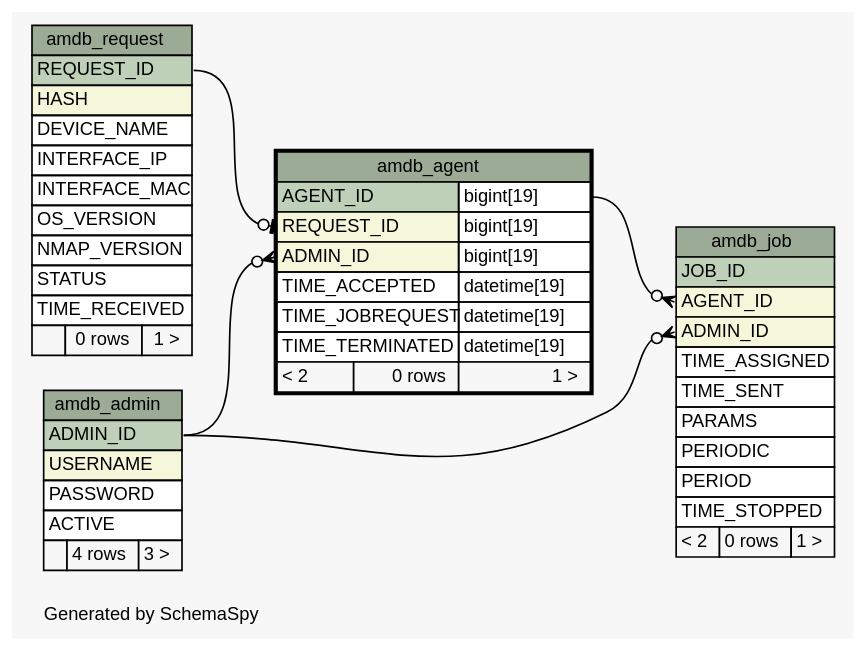
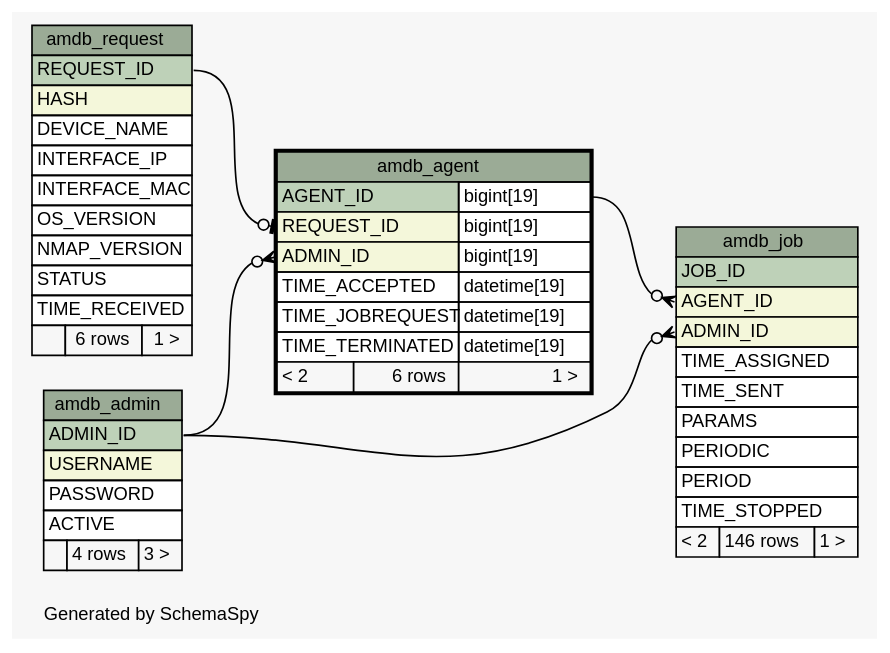
Before and after one commit to yannikab/k23b_ac: the diagram in am/doc/schemaspy/diagrams/amdb_agent.1degree.dot, drawn with Graphviz. The commit also changed 46 other files, not shown here.

Commit message:
Database schema changes for Aggregator Manager.

```diff
--- a/am/doc/schemaspy/diagrams/amdb_agent.1degree.dot
+++ b/am/doc/schemaspy/diagrams/amdb_agent.1degree.dot
@@ -1,90 +1,90 @@
 // dot 2.38.0 on Linux 4.0.5-gentoo
 // SchemaSpy rev 590
 digraph "oneDegreeRelationshipsDiagram" {
   graph [
     rankdir="RL"
     bgcolor="#f7f7f7"
     label="\nGenerated by SchemaSpy"
     labeljust="l"
     nodesep="0.18"
     ranksep="0.46"
     fontname="Helvetica"
     fontsize="11"
   ];
   node [
     fontname="Helvetica"
     fontsize="11"
     shape="plaintext"
   ];
   edge [
     arrowsize="0.8"
   ];
   "amdb_agent":"ADMIN_ID":w -> "amdb_admin":"ADMIN_ID":e [arrowhead=none dir=back arrowtail=crowodot];
   "amdb_agent":"REQUEST_ID":w -> "amdb_request":"REQUEST_ID":e [arrowhead=none dir=back arrowtail=teeodot];
   "amdb_job":"ADMIN_ID":w -> "amdb_admin":"ADMIN_ID":e [arrowhead=none dir=back arrowtail=crowodot];
   "amdb_job":"AGENT_ID":w -> "amdb_agent":"AGENT_ID.type":e [arrowhead=none dir=back arrowtail=crowodot];
   "amdb_admin" [
     label=<
     <TABLE BORDER="0" CELLBORDER="1" CELLSPACING="0" BGCOLOR="#ffffff">
       <TR><TD COLSPAN="3" BGCOLOR="#9bab96" ALIGN="CENTER">amdb_admin</TD></TR>
       <TR><TD PORT="ADMIN_ID" COLSPAN="3" BGCOLOR="#bed1b8" ALIGN="LEFT">ADMIN_ID</TD></TR>
       <TR><TD PORT="USERNAME" COLSPAN="3" BGCOLOR="#f4f7da" ALIGN="LEFT">USERNAME</TD></TR>
       <TR><TD PORT="PASSWORD" COLSPAN="3" ALIGN="LEFT">PASSWORD</TD></TR>
       <TR><TD PORT="ACTIVE" COLSPAN="3" ALIGN="LEFT">ACTIVE</TD></TR>
       <TR><TD ALIGN="LEFT" BGCOLOR="#f7f7f7">  </TD><TD ALIGN="RIGHT" BGCOLOR="#f7f7f7">4 rows</TD><TD ALIGN="RIGHT" BGCOLOR="#f7f7f7">3 &gt;</TD></TR>
     </TABLE>>
     URL="amdb_admin.html"
     tooltip="amdb_admin"
   ];
   "amdb_agent" [
     label=<
     <TABLE BORDER="2" CELLBORDER="1" CELLSPACING="0" BGCOLOR="#ffffff">
       <TR><TD COLSPAN="3" BGCOLOR="#9bab96" ALIGN="CENTER">amdb_agent</TD></TR>
       <TR><TD PORT="AGENT_ID" COLSPAN="2" BGCOLOR="#bed1b8" ALIGN="LEFT">AGENT_ID</TD><TD PORT="AGENT_ID.type" ALIGN="LEFT">bigint[19]</TD></TR>
       <TR><TD PORT="REQUEST_ID" COLSPAN="2" BGCOLOR="#f4f7da" ALIGN="LEFT">REQUEST_ID</TD><TD PORT="REQUEST_ID.type" ALIGN="LEFT">bigint[19]</TD></TR>
       <TR><TD PORT="ADMIN_ID" COLSPAN="2" BGCOLOR="#f4f7da" ALIGN="LEFT">ADMIN_ID</TD><TD PORT="ADMIN_ID.type" ALIGN="LEFT">bigint[19]</TD></TR>
       <TR><TD PORT="TIME_ACCEPTED" COLSPAN="2" ALIGN="LEFT">TIME_ACCEPTED</TD><TD PORT="TIME_ACCEPTED.type" ALIGN="LEFT">datetime[19]</TD></TR>
       <TR><TD PORT="TIME_JOBREQUEST" COLSPAN="2" ALIGN="LEFT">TIME_JOBREQUEST</TD><TD PORT="TIME_JOBREQUEST.type" ALIGN="LEFT">datetime[19]</TD></TR>
       <TR><TD PORT="TIME_TERMINATED" COLSPAN="2" ALIGN="LEFT">TIME_TERMINATED</TD><TD PORT="TIME_TERMINATED.type" ALIGN="LEFT">datetime[19]</TD></TR>
-      <TR><TD ALIGN="LEFT" BGCOLOR="#f7f7f7">&lt; 2</TD><TD ALIGN="RIGHT" BGCOLOR="#f7f7f7">0 rows</TD><TD ALIGN="RIGHT" BGCOLOR="#f7f7f7">1 &gt;</TD></TR>
+      <TR><TD ALIGN="LEFT" BGCOLOR="#f7f7f7">&lt; 2</TD><TD ALIGN="RIGHT" BGCOLOR="#f7f7f7">6 rows</TD><TD ALIGN="RIGHT" BGCOLOR="#f7f7f7">1 &gt;</TD></TR>
     </TABLE>>
     URL="amdb_agent.html"
     tooltip="amdb_agent"
   ];
   "amdb_job" [
     label=<
     <TABLE BORDER="0" CELLBORDER="1" CELLSPACING="0" BGCOLOR="#ffffff">
       <TR><TD COLSPAN="3" BGCOLOR="#9bab96" ALIGN="CENTER">amdb_job</TD></TR>
       <TR><TD PORT="JOB_ID" COLSPAN="3" BGCOLOR="#bed1b8" ALIGN="LEFT">JOB_ID</TD></TR>
       <TR><TD PORT="AGENT_ID" COLSPAN="3" BGCOLOR="#f4f7da" ALIGN="LEFT">AGENT_ID</TD></TR>
       <TR><TD PORT="ADMIN_ID" COLSPAN="3" BGCOLOR="#f4f7da" ALIGN="LEFT">ADMIN_ID</TD></TR>
       <TR><TD PORT="TIME_ASSIGNED" COLSPAN="3" ALIGN="LEFT">TIME_ASSIGNED</TD></TR>
       <TR><TD PORT="TIME_SENT" COLSPAN="3" ALIGN="LEFT">TIME_SENT</TD></TR>
       <TR><TD PORT="PARAMS" COLSPAN="3" ALIGN="LEFT">PARAMS</TD></TR>
       <TR><TD PORT="PERIODIC" COLSPAN="3" ALIGN="LEFT">PERIODIC</TD></TR>
       <TR><TD PORT="PERIOD" COLSPAN="3" ALIGN="LEFT">PERIOD</TD></TR>
       <TR><TD PORT="TIME_STOPPED" COLSPAN="3" ALIGN="LEFT">TIME_STOPPED</TD></TR>
-      <TR><TD ALIGN="LEFT" BGCOLOR="#f7f7f7">&lt; 2</TD><TD ALIGN="RIGHT" BGCOLOR="#f7f7f7">0 rows</TD><TD ALIGN="RIGHT" BGCOLOR="#f7f7f7">1 &gt;</TD></TR>
+      <TR><TD ALIGN="LEFT" BGCOLOR="#f7f7f7">&lt; 2</TD><TD ALIGN="RIGHT" BGCOLOR="#f7f7f7">146 rows</TD><TD ALIGN="RIGHT" BGCOLOR="#f7f7f7">1 &gt;</TD></TR>
     </TABLE>>
     URL="amdb_job.html"
     tooltip="amdb_job"
   ];
   "amdb_request" [
     label=<
     <TABLE BORDER="0" CELLBORDER="1" CELLSPACING="0" BGCOLOR="#ffffff">
       <TR><TD COLSPAN="3" BGCOLOR="#9bab96" ALIGN="CENTER">amdb_request</TD></TR>
       <TR><TD PORT="REQUEST_ID" COLSPAN="3" BGCOLOR="#bed1b8" ALIGN="LEFT">REQUEST_ID</TD></TR>
       <TR><TD PORT="HASH" COLSPAN="3" BGCOLOR="#f4f7da" ALIGN="LEFT">HASH</TD></TR>
       <TR><TD PORT="DEVICE_NAME" COLSPAN="3" ALIGN="LEFT">DEVICE_NAME</TD></TR>
       <TR><TD PORT="INTERFACE_IP" COLSPAN="3" ALIGN="LEFT">INTERFACE_IP</TD></TR>
       <TR><TD PORT="INTERFACE_MAC" COLSPAN="3" ALIGN="LEFT">INTERFACE_MAC</TD></TR>
       <TR><TD PORT="OS_VERSION" COLSPAN="3" ALIGN="LEFT">OS_VERSION</TD></TR>
       <TR><TD PORT="NMAP_VERSION" COLSPAN="3" ALIGN="LEFT">NMAP_VERSION</TD></TR>
       <TR><TD PORT="STATUS" COLSPAN="3" ALIGN="LEFT">STATUS</TD></TR>
       <TR><TD PORT="TIME_RECEIVED" COLSPAN="3" ALIGN="LEFT">TIME_RECEIVED</TD></TR>
-      <TR><TD ALIGN="LEFT" BGCOLOR="#f7f7f7">  </TD><TD ALIGN="RIGHT" BGCOLOR="#f7f7f7">0 rows</TD><TD ALIGN="RIGHT" BGCOLOR="#f7f7f7">1 &gt;</TD></TR>
+      <TR><TD ALIGN="LEFT" BGCOLOR="#f7f7f7">  </TD><TD ALIGN="RIGHT" BGCOLOR="#f7f7f7">6 rows</TD><TD ALIGN="RIGHT" BGCOLOR="#f7f7f7">1 &gt;</TD></TR>
     </TABLE>>
     URL="amdb_request.html"
     tooltip="amdb_request"
   ];
 }
```
